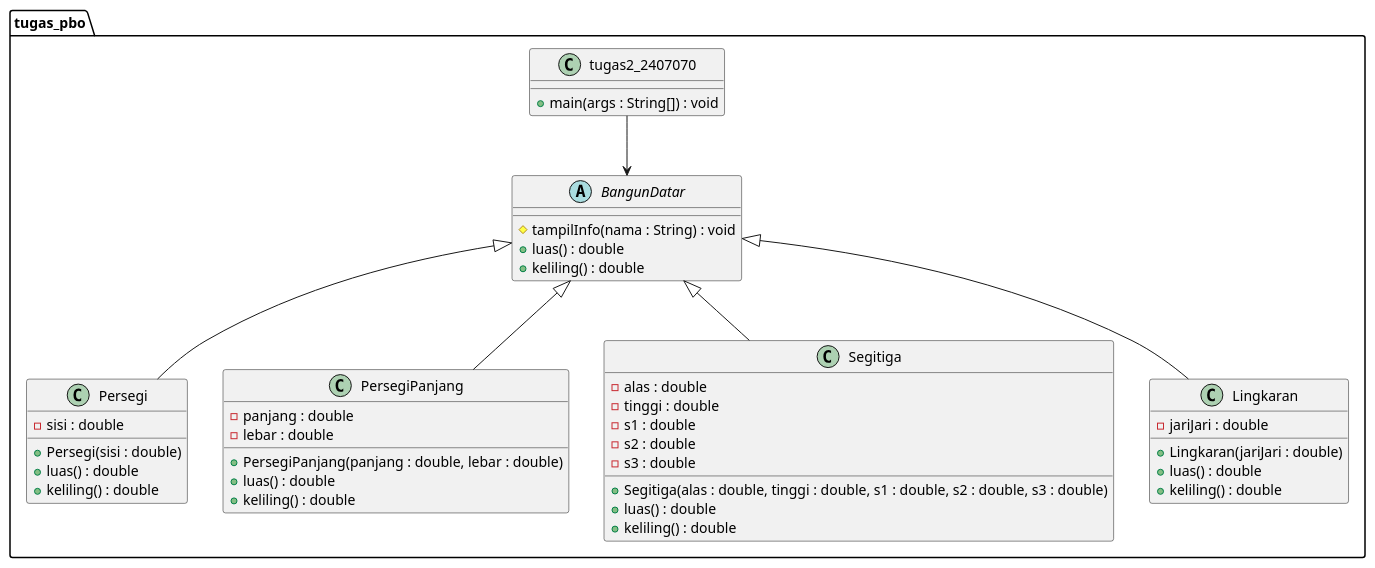
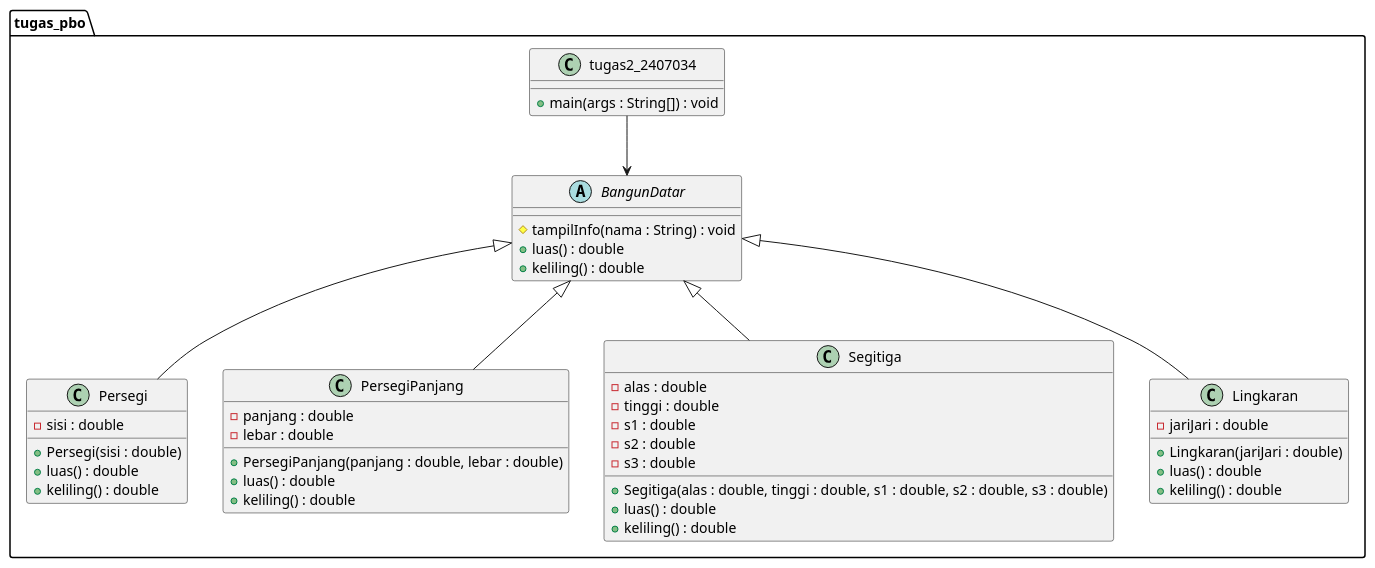
Before and after one commit to luviayupratiwi/PBO_2407034: the diagram in latihan_2407034/src/tugas_pbo/diagram.puml, drawn with PlantUML. The commit also changed 4 other files, not shown here.

```diff
--- a/latihan_2407034/src/tugas_pbo/diagram.puml
+++ b/latihan_2407034/src/tugas_pbo/diagram.puml
@@ -3,57 +3,57 @@
 @startuml
 
 package tugas_pbo {
 
 abstract class BangunDatar {
     # tampilInfo(nama : String) : void
     + luas() : double
     + keliling() : double
 }
 
 class Persegi {
     - sisi : double
     + Persegi(sisi : double)
     + luas() : double
     + keliling() : double
 }
 
 class PersegiPanjang {
     - panjang : double
     - lebar : double
     + PersegiPanjang(panjang : double, lebar : double)
     + luas() : double
     + keliling() : double
 }
 
 class Segitiga {
     - alas : double
     - tinggi : double
     - s1 : double
     - s2 : double
     - s3 : double
     + Segitiga(alas : double, tinggi : double, s1 : double, s2 : double, s3 : double)
     + luas() : double
     + keliling() : double
 }
 
 class Lingkaran {
     - jariJari : double
     + Lingkaran(jariJari : double)
     + luas() : double
     + keliling() : double
 }
 
-class tugas2_2407070 {
+class tugas2_2407034 {
     + main(args : String[]) : void
 }
 
 BangunDatar <|-- Persegi
 BangunDatar <|-- PersegiPanjang
 BangunDatar <|-- Segitiga
 BangunDatar <|-- Lingkaran
 
-tugas2_2407070 --> BangunDatar
+tugas2_2407034 --> BangunDatar
 
 }
 
 @enduml
```
